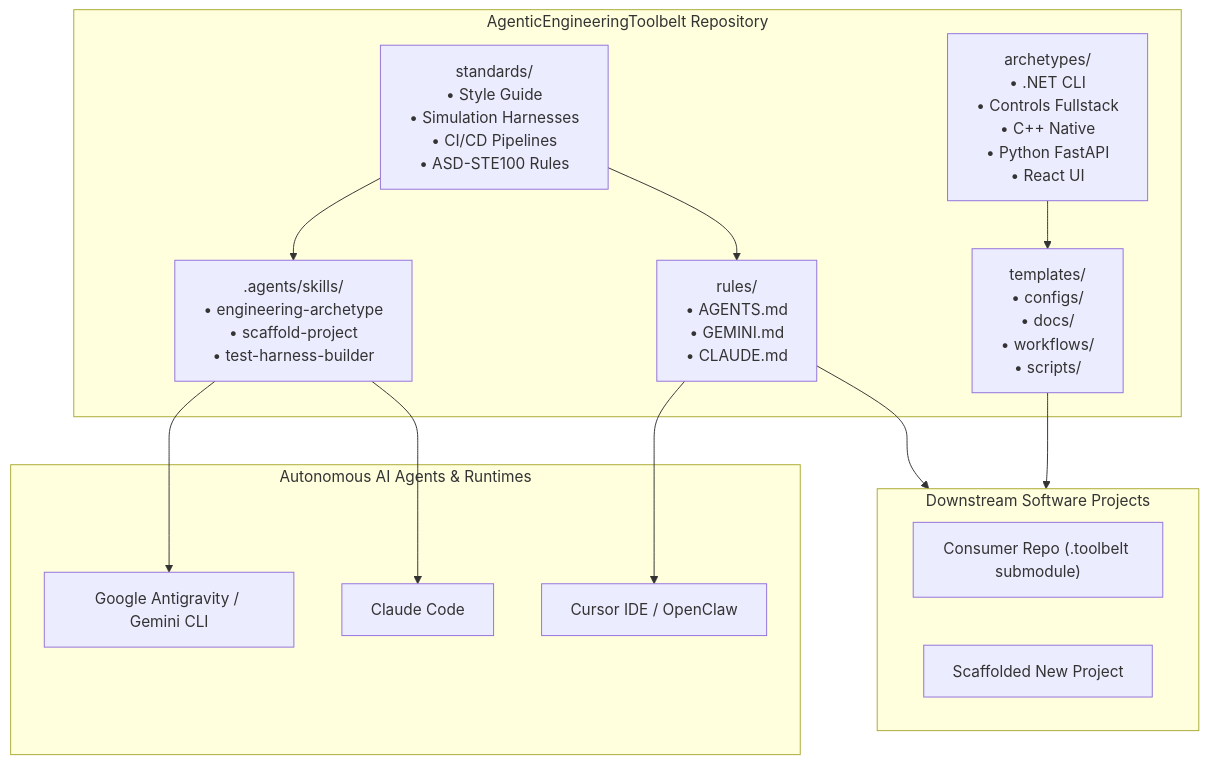
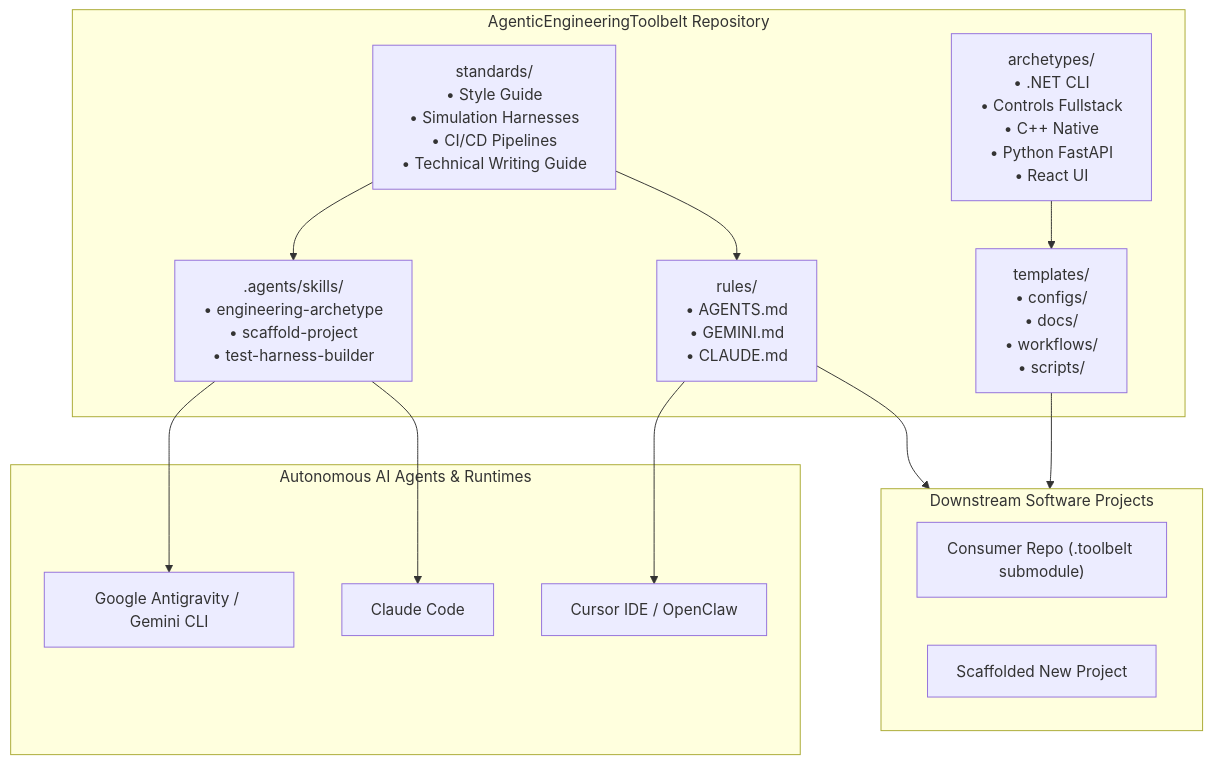
Before and after one commit to spelech/AgenticEngineeringToolbelt: the diagram in docs/index.md, drawn with Mermaid. The commit also changed other lines of this file and 42 other files, not shown here.

````diff
--- a/docs/index.md
+++ b/docs/index.md
@@ -34,27 +37,27 @@
 ```mermaid
 flowchart TD
     subgraph Toolbelt["AgenticEngineeringToolbelt Repository"]
-        Standards["standards/<br>• Style Guide<br>• Simulation Harnesses<br>• CI/CD Pipelines<br>• ASD-STE100 Rules"]
+        Standards["standards/<br>• Style Guide<br>• Simulation Harnesses<br>• CI/CD Pipelines<br>• Technical Writing Guide"]
         Archetypes["archetypes/<br>• .NET CLI<br>• Controls Fullstack<br>• C++ Native<br>• Python FastAPI<br>• React UI"]
         Skills[".agents/skills/<br>• engineering-archetype<br>• scaffold-project<br>• test-harness-builder"]
         Rules["rules/<br>• AGENTS.md<br>• GEMINI.md<br>• CLAUDE.md"]
         Templates["templates/<br>• configs/<br>• docs/<br>• workflows/<br>• scripts/"]
     end
 
     subgraph Agents["Autonomous AI Agents & Runtimes"]
         Antigravity["Google Antigravity / Gemini CLI"]
         Claude["Claude Code"]
         Cursor["Cursor IDE / OpenClaw"]
     end
 
     subgraph Projects["Downstream Software Projects"]
         ProjectA["Consumer Repo (.toolbelt submodule)"]
         ProjectB["Scaffolded New Project"]
     end
 
     Standards --> Skills & Rules
     Archetypes --> Templates
     Skills --> Antigravity & Claude
     Rules --> Projects & Cursor
     Templates --> Projects
 ```
````
